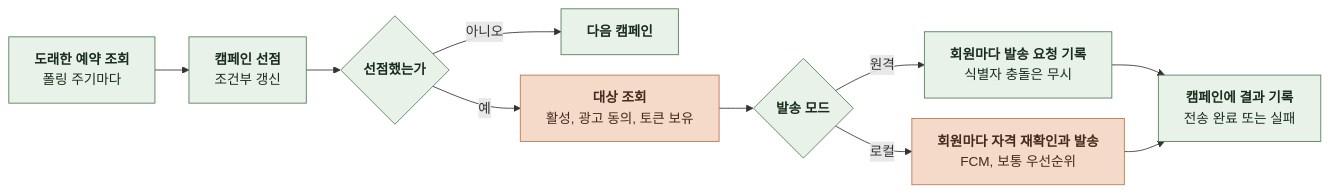
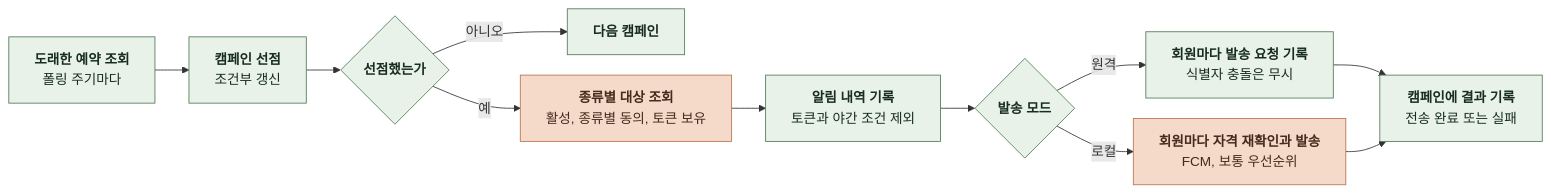
One commit to KIM-N-KANG/knk-harness changed the eighth of 20 diagrams in docs/domain/NOTIFICATION/BACKEND/4-1-PIPELINES.md. Above: the diagram before and after it, drawn with Mermaid. The commit also changed other lines of this file and 128 other files, not shown here.

````diff
--- a/docs/domain/NOTIFICATION/BACKEND/4-1-PIPELINES.md
+++ b/docs/domain/NOTIFICATION/BACKEND/4-1-PIPELINES.md
@@ -229,23 +244,25 @@
 ```mermaid
 %%{init: {"flowchart": {"curve": "basis", "nodeSpacing": 24, "rankSpacing": 40}}}%%
 flowchart LR
     A["`**도래한 예약 조회**
 폴링 주기마다`"] --> B["`**캠페인 선점**
 조건부 갱신`"]
     B --> C{"`**선점했는가**`"}
     C -->|아니오| X["`**다음 캠페인**`"]
-    C -->|예| D["`**대상 조회**
-활성, 광고 동의, 토큰 보유`"]
-    D --> E{"`**발송 모드**`"}
+    C -->|예| D["`**종류별 대상 조회**
+활성, 종류별 동의, 토큰 보유`"]
+    D --> N["`**알림 내역 기록**
+토큰과 야간 조건 제외`"]
+    N --> E{"`**발송 모드**`"}
     E -->|원격| F["`**회원마다 발송 요청 기록**
 식별자 충돌은 무시`"]
     E -->|로컬| H["`**회원마다 자격 재확인과 발송**
 FCM, 보통 우선순위`"]
     F --> G["`**캠페인에 결과 기록**
 전송 완료 또는 실패`"]
     H --> G
     classDef comp fill:#E8F2E8,stroke:#527A59,color:#182D1D
     classDef task fill:#F5D9C9,stroke:#B97450,color:#452B1D
-    class A,B,C,E,F,G,X comp
+    class A,B,C,E,F,G,N,X comp
     class D,H task
 ```
````
